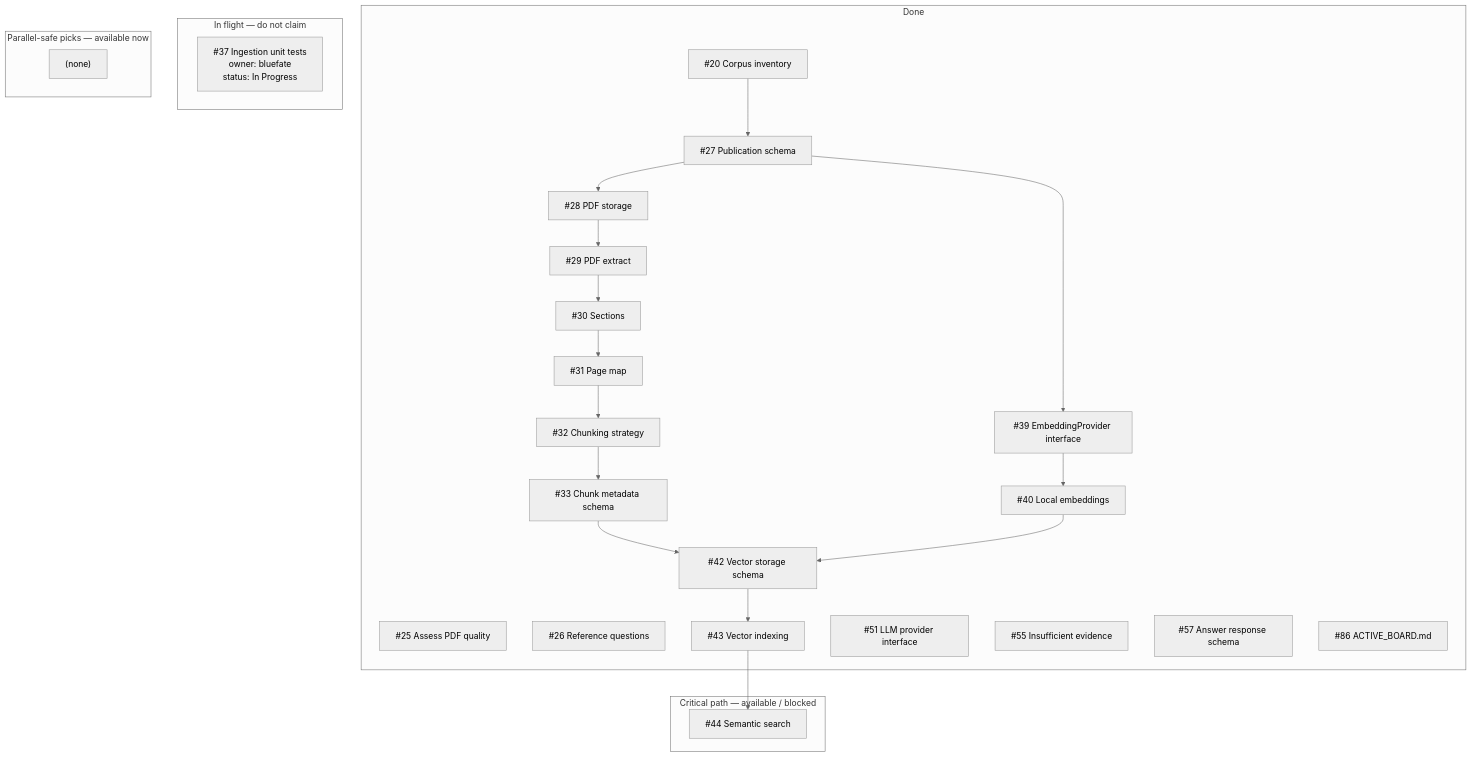
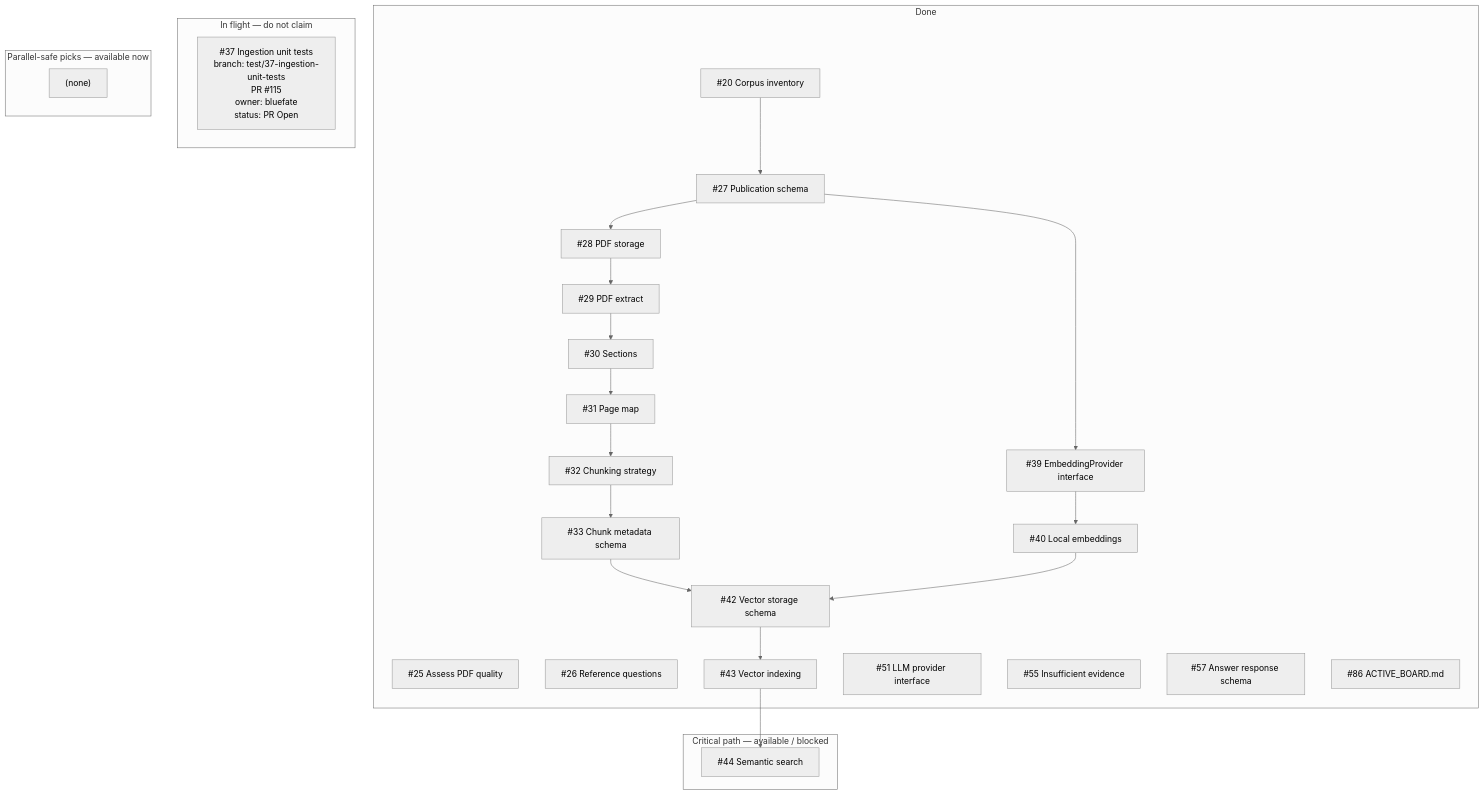
Before and after one commit to bluefate/spacebio-evidence-engine: the diagram in docs/development/ACTIVE_BOARD.md, drawn with Mermaid (neutral theme). The commit also changed other lines of this file, not shown here.

Commit message:
docs: refresh active board for issue 37 pr

````diff
--- a/docs/development/ACTIVE_BOARD.md
+++ b/docs/development/ACTIVE_BOARD.md
@@ -62,45 +62,45 @@
 ```mermaid
 flowchart TB
   subgraph done [Done]
     i20["#20 Corpus inventory"]
     i25["#25 Assess PDF quality"]
     i26["#26 Reference questions"]
     i27["#27 Publication schema"]
     i28["#28 PDF storage"]
     i29["#29 PDF extract"]
     i30["#30 Sections"]
     i31["#31 Page map"]
     i32["#32 Chunking strategy"]
     i33["#33 Chunk metadata schema"]
     i39["#39 EmbeddingProvider interface"]
     i40["#40 Local embeddings"]
     i42["#42 Vector storage schema"]
     i43["#43 Vector indexing"]
     i51["#51 LLM provider interface"]
     i55["#55 Insufficient evidence"]
     i57["#57 Answer response schema"]
     i86["#86 ACTIVE_BOARD.md"]
   end
   subgraph inflight [In flight — do not claim]
-    i37["#37 Ingestion unit tests<br/>owner: bluefate<br/>status: In Progress"]
+    i37["#37 Ingestion unit tests<br/>branch: test/37-ingestion-unit-tests<br/>PR #115<br/>owner: bluefate<br/>status: PR Open"]
   end
   subgraph nextCritical [Critical path — available / blocked]
     i44["#44 Semantic search"]
   end
   subgraph nextParallel [Parallel-safe picks — available now]
     nextParallel_empty["(none)"]
   end
   i20 --> i27
   i27 --> i28
   i28 --> i29
   i29 --> i30
   i30 --> i31
   i31 --> i32
   i32 --> i33
   i33 --> i42
   i27 --> i39
   i39 --> i40
   i40 --> i42
   i42 --> i43
   i43 --> i44
 ```
````
